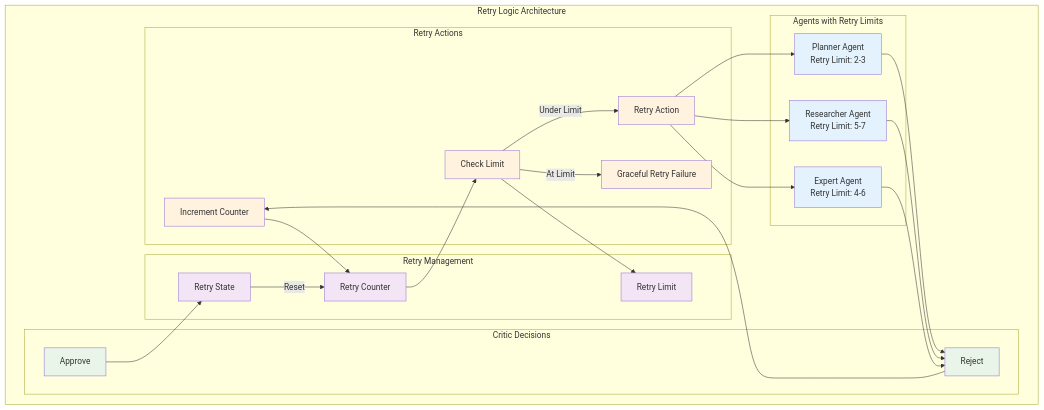
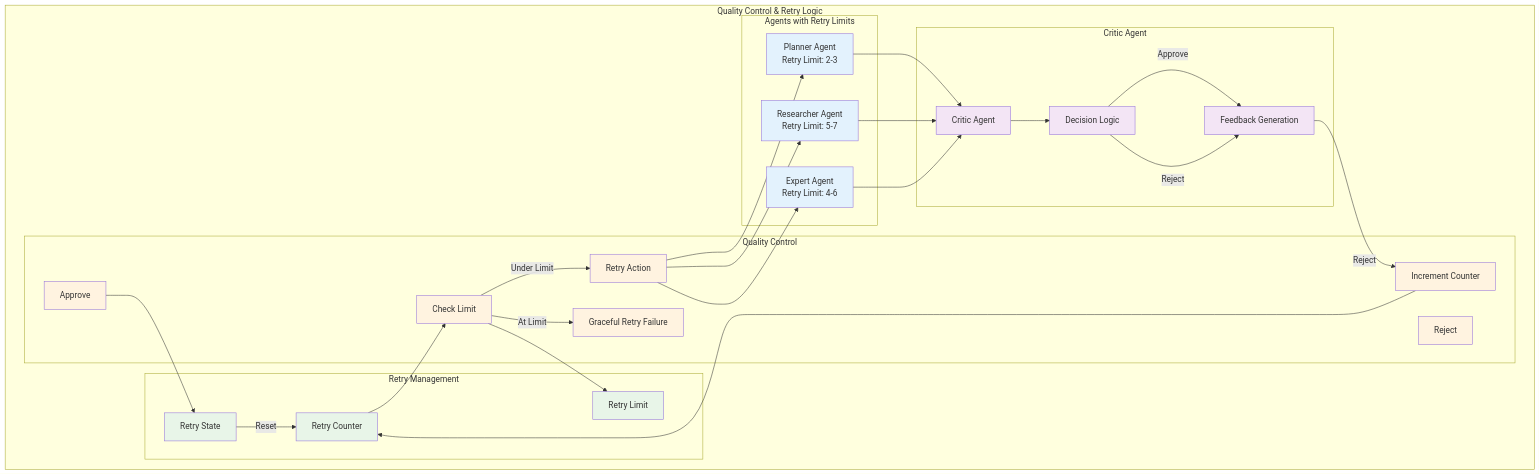
Before and after one commit to jdsham/hf-ai-agents-course: diagram 11 of 15 in docs/src2/ARCHITECTURE.md, drawn with Mermaid. The commit also changed other lines of this file, not shown here.

Commit message:
Updated source code architecture document. Refined section 7 and included logging and observability architecture.

````diff
--- a/docs/src2/ARCHITECTURE.md
+++ b/docs/src2/ARCHITECTURE.md
@@ -2025,57 +2057,64 @@
 ```mermaid
 graph TB
-    subgraph "Retry Logic Architecture"
+    subgraph "Quality Control & Retry Logic"
         subgraph "Agents with Retry Limits"
             P[Planner Agent<br/>Retry Limit: 2-3]
             R[Researcher Agent<br/>Retry Limit: 5-7]
             E[Expert Agent<br/>Retry Limit: 4-6]
+        end
+        
+        subgraph "Critic Agent"
+            C[Critic Agent]
+            Decision[Decision Logic]
+            Feedback[Feedback Generation]
         end
         
         subgraph "Retry Management"
             RetryCounter[Retry Counter]
             RetryLimit[Retry Limit]
             RetryState[Retry State]
         end
         
-        subgraph "Critic Decisions"
+        subgraph "Quality Control"
             Approve[Approve]
             Reject[Reject]
-        end
-        
-        subgraph "Retry Actions"
             Increment[Increment Counter]
             CheckLimit[Check Limit]
             Retry[Retry Action]
             GracefulFail[Graceful Retry Failure]
         end
     end
     
-    P --> Reject
-    R --> Reject
-    E --> Reject
+    P --> C
+    R --> C
+    E --> C
     
-    Reject --> Increment
+    C --> Decision
+    Decision -->|Approve| Feedback
+    Decision -->|Reject| Feedback
+    
+    Feedback -->|Reject| Increment
     Increment --> RetryCounter
     RetryCounter --> CheckLimit
     CheckLimit --> RetryLimit
     
     CheckLimit -->|Under Limit| Retry
     CheckLimit -->|At Limit| GracefulFail
     
     Retry --> P
     Retry --> R
     Retry --> E
     
     Approve --> RetryState
     RetryState -->|Reset| RetryCounter
     
     classDef agent fill:#e3f2fd
-    classDef retry fill:#f3e5f5
-    classDef decision fill:#e8f5e8
-    classDef action fill:#fff3e0
+    classDef critic fill:#f3e5f5
+    classDef retry fill:#e8f5e8
+    classDef quality fill:#fff3e0
     
     class P,R,E agent
+    class C,Decision,Feedback critic
     class RetryCounter,RetryLimit,RetryState retry
-    class Approve,Reject decision
-    class Increment,CheckLimit,Retry,GracefulFail action
+    class Approve,Reject,Increment,CheckLimit,Retry,GracefulFail quality
 ```
````
